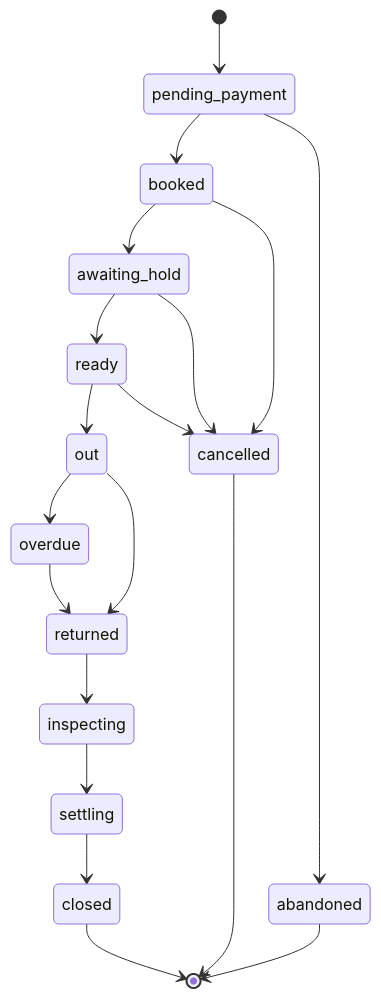
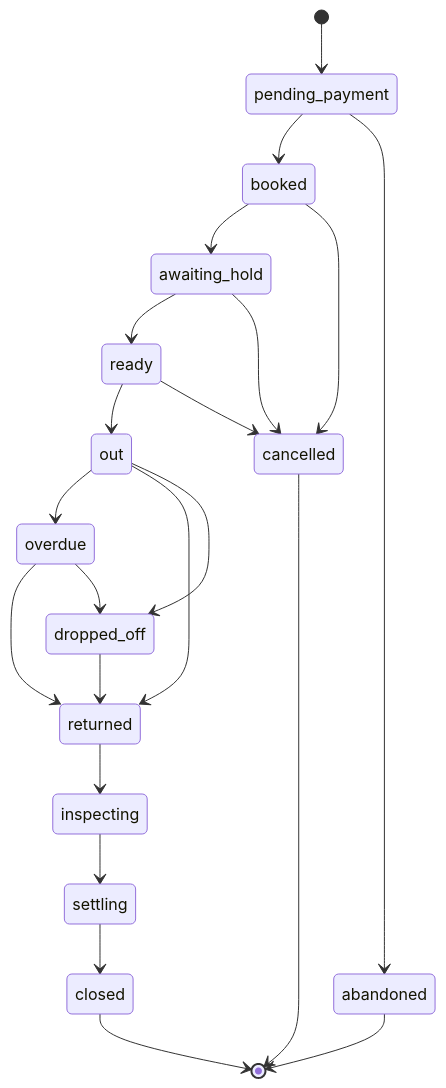
Before and after one commit to rogerjeasy/hold: the fourth of 16 diagrams in docs/architecture.md, drawn with Mermaid. The commit also changed other lines of this file and 100 other files, not shown here.

````diff
--- a/docs/architecture.md
+++ b/docs/architecture.md
@@ -458,21 +473,24 @@
 ```mermaid
 stateDiagram-v2
     [*] --> pending_payment
     pending_payment --> booked
     pending_payment --> abandoned
     booked --> awaiting_hold
     awaiting_hold --> ready
     booked --> cancelled
     awaiting_hold --> cancelled
     ready --> out
     ready --> cancelled
     out --> overdue
     out --> returned
     overdue --> returned
+    out --> dropped_off
+    overdue --> dropped_off
+    dropped_off --> returned
     returned --> inspecting
     inspecting --> settling
     settling --> closed
     cancelled --> [*]
     abandoned --> [*]
     closed --> [*]
 ```
````
